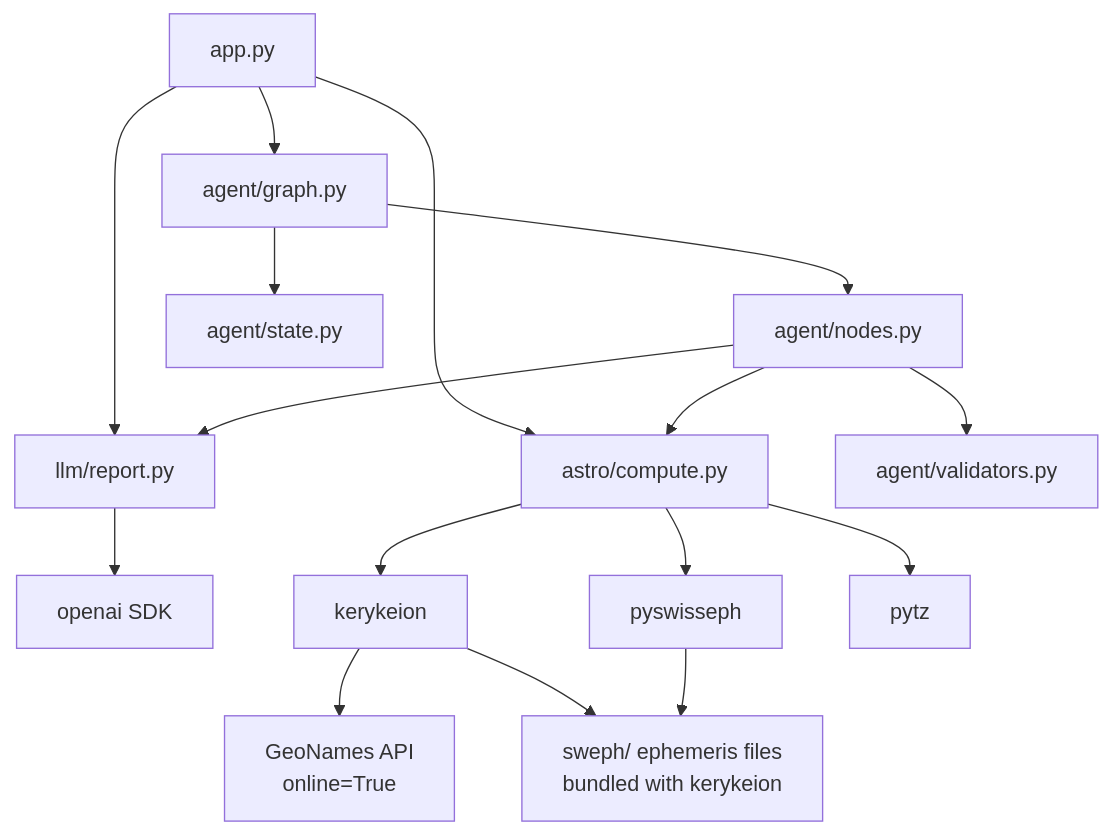
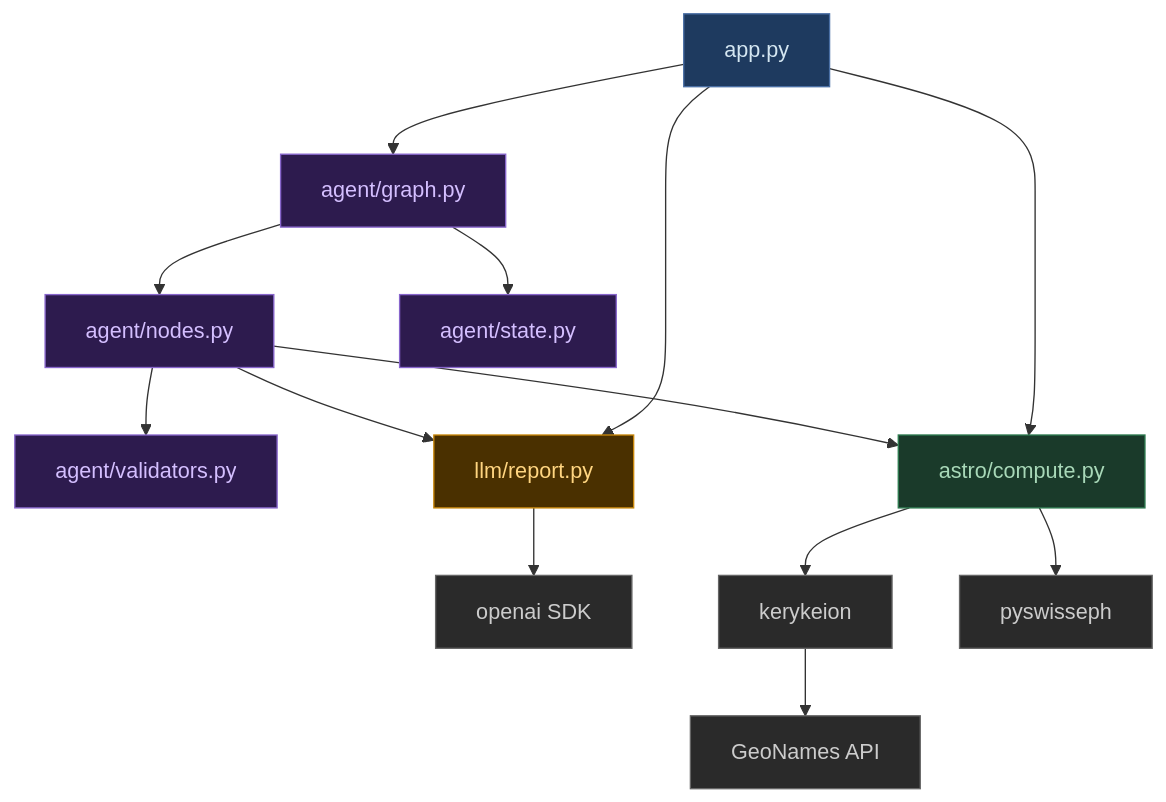
One commit to swamyswamynathan123/personalastrologeragent changed diagram 11 of 12 in Architecture.md. Above: the diagram before and after it, drawn with Mermaid. The commit also changed other lines of this file, not shown here.

````diff
--- a/Architecture.md
+++ b/Architecture.md
@@ -232,23 +440,27 @@
 ```mermaid
 graph TD
-    APP[app.py] --> AG[agent/graph.py]
-    APP --> LR[llm/report.py]
-    APP --> AC[astro/compute.py]
+    classDef uiNode fill:#1e3a5f,stroke:#4a6fa5,color:#d4e6f1
+    classDef agentNode fill:#2d1b4e,stroke:#8866cc,color:#d4bfff
+    classDef astroNode fill:#1a3a2a,stroke:#2d7a4f,color:#a8d8b8
+    classDef llmNode fill:#4a3000,stroke:#c8860a,color:#ffd580
+    classDef externalNode fill:#2a2a2a,stroke:#666,color:#ccc
 
-    AG --> AN[agent/nodes.py]
-    AG --> AS[agent/state.py]
+    APP[app.py]:::uiNode
+    AG[agent/graph.py]:::agentNode
+    AN[agent/nodes.py]:::agentNode
+    AS[agent/state.py]:::agentNode
+    AV[agent/validators.py]:::agentNode
+    AC[astro/compute.py]:::astroNode
+    LR[llm/report.py]:::llmNode
+    OAI[openai SDK]:::externalNode
+    KER[kerykeion]:::externalNode
+    SWE[pyswisseph]:::externalNode
+    GEO[GeoNames API]:::externalNode
 
-    AN --> AV[agent/validators.py]
-    AN --> AC
-    AN --> LR
-
-    LR --> OAI_SDK[openai SDK]
-
-    AC --> KER[kerykeion]
-    AC --> SWE[pyswisseph]
-    AC --> PYTZ[pytz]
-
-    KER --> GEO_API[GeoNames API\nonline=True]
-    KER --> SWE_FILES[sweph/ ephemeris files\nbundled with kerykeion]
-    SWE --> SWE_FILES
+    APP --> AG & LR & AC
+    AG --> AN & AS
+    AN --> AV & AC & LR
+    LR --> OAI
+    AC --> KER & SWE
+    KER --> GEO
 ```
````
